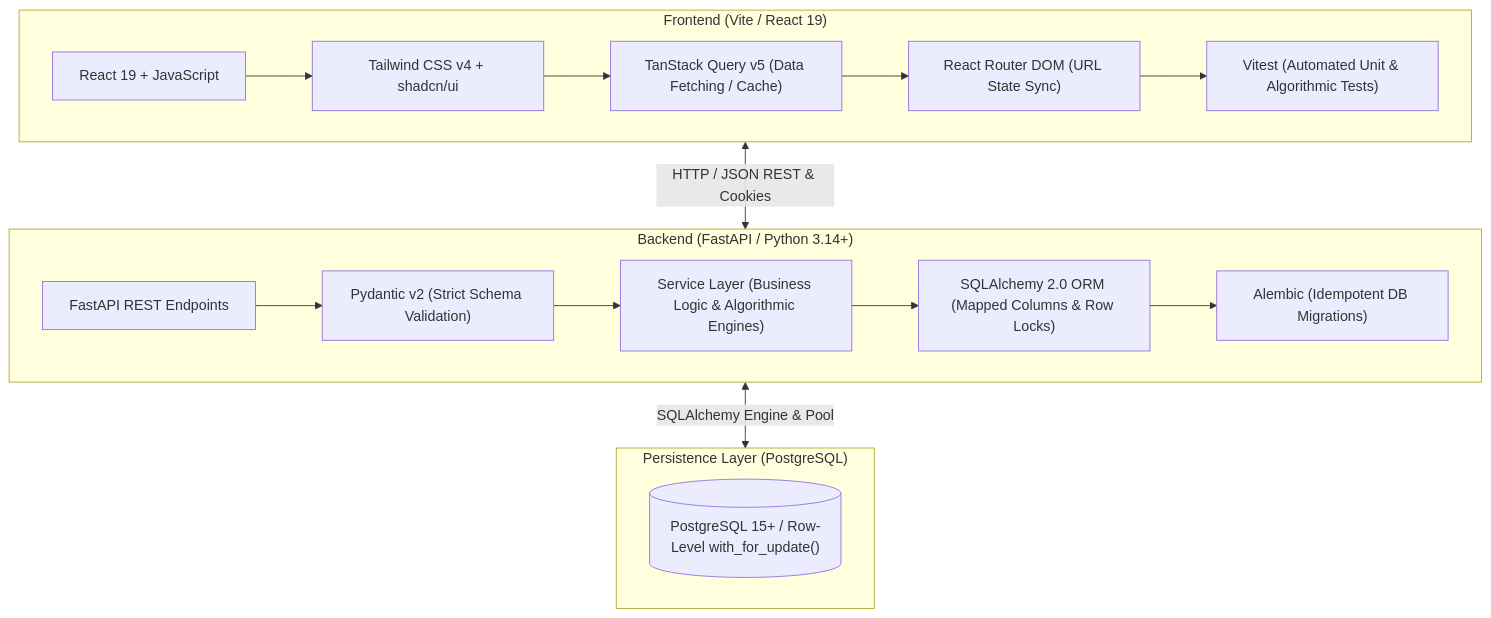
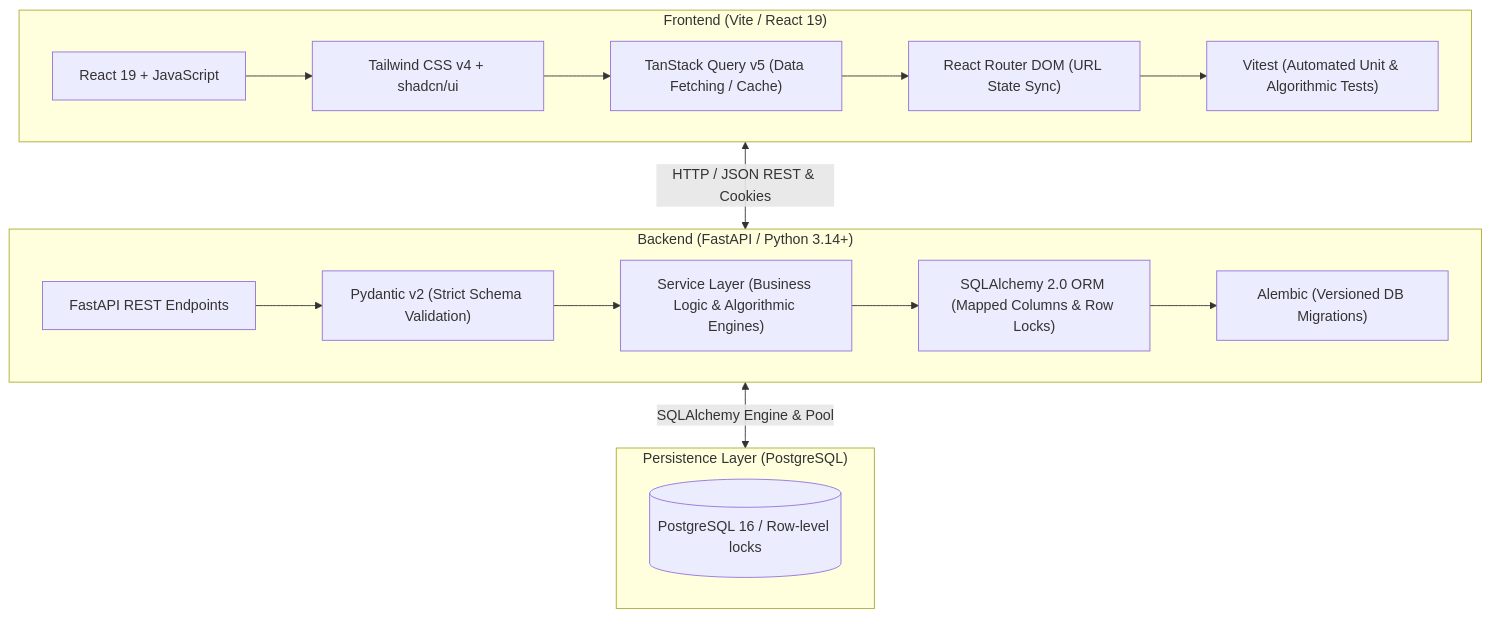
The first of 3 diagrams in SYSTEM_ARCHITECTURE.md (Muzi09/School-LMS), drawn with Mermaid before and after one commit. The commit also changed other lines of this file and 208 other files, not shown here.

````diff
--- a/SYSTEM_ARCHITECTURE.md
+++ b/SYSTEM_ARCHITECTURE.md
@@ -27,23 +27,23 @@
 ```mermaid
 flowchart TD
     subgraph Frontend ["Frontend (Vite / React 19)"]
         A["React 19 + JavaScript"] --> B["Tailwind CSS v4 + shadcn/ui"]
         B --> C["TanStack Query v5 (Data Fetching / Cache)"]
         C --> D["React Router DOM (URL State Sync)"]
         D --> E["Vitest (Automated Unit & Algorithmic Tests)"]
     end
 
     subgraph Backend ["Backend (FastAPI / Python 3.14+)"]
         F["FastAPI REST Endpoints"] --> G["Pydantic v2 (Strict Schema Validation)"]
         G --> H["Service Layer (Business Logic & Algorithmic Engines)"]
         H --> I["SQLAlchemy 2.0 ORM (Mapped Columns & Row Locks)"]
-        I --> J["Alembic (Idempotent DB Migrations)"]
+        I --> J["Alembic (Versioned DB Migrations)"]
     end
 
     subgraph Persistence ["Persistence Layer (PostgreSQL)"]
-        K[("PostgreSQL 15+ / Row-Level with_for_update()")]
+        K[("PostgreSQL 16 / Row-level locks")]
     end
 
     Frontend <-->|HTTP / JSON REST & Cookies| Backend
     Backend <-->|SQLAlchemy Engine & Pool| Persistence
 ```
````
